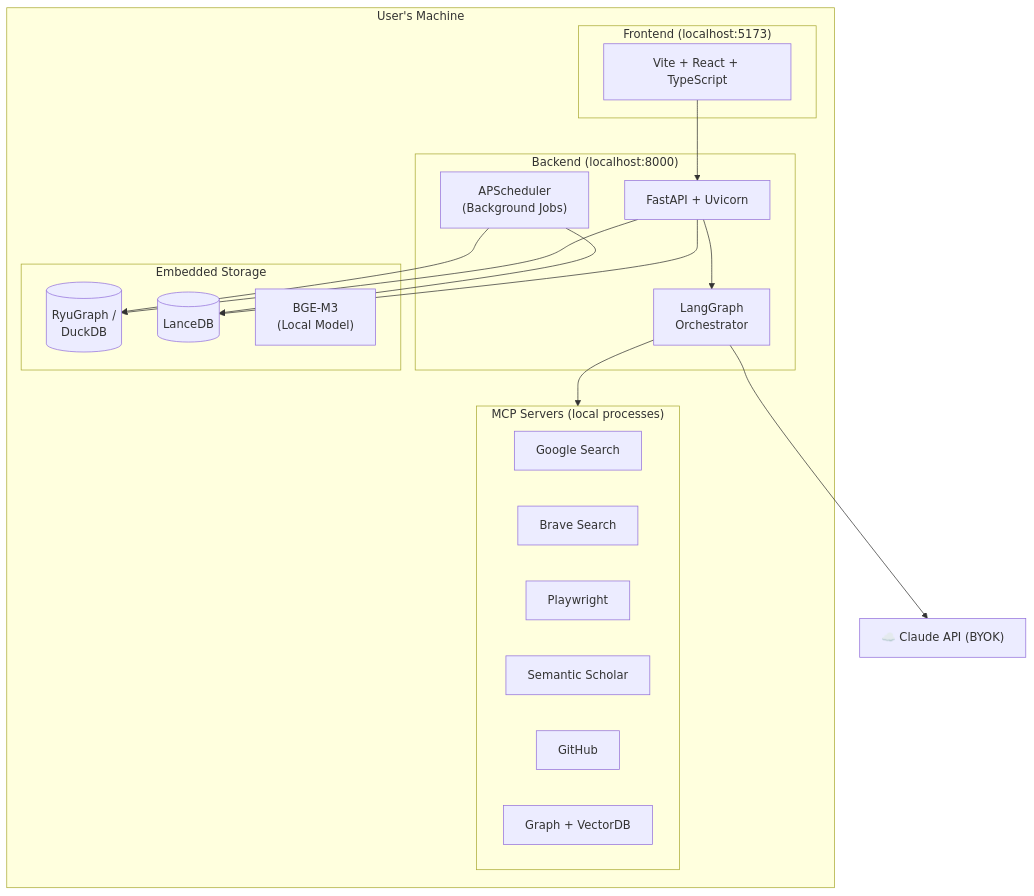
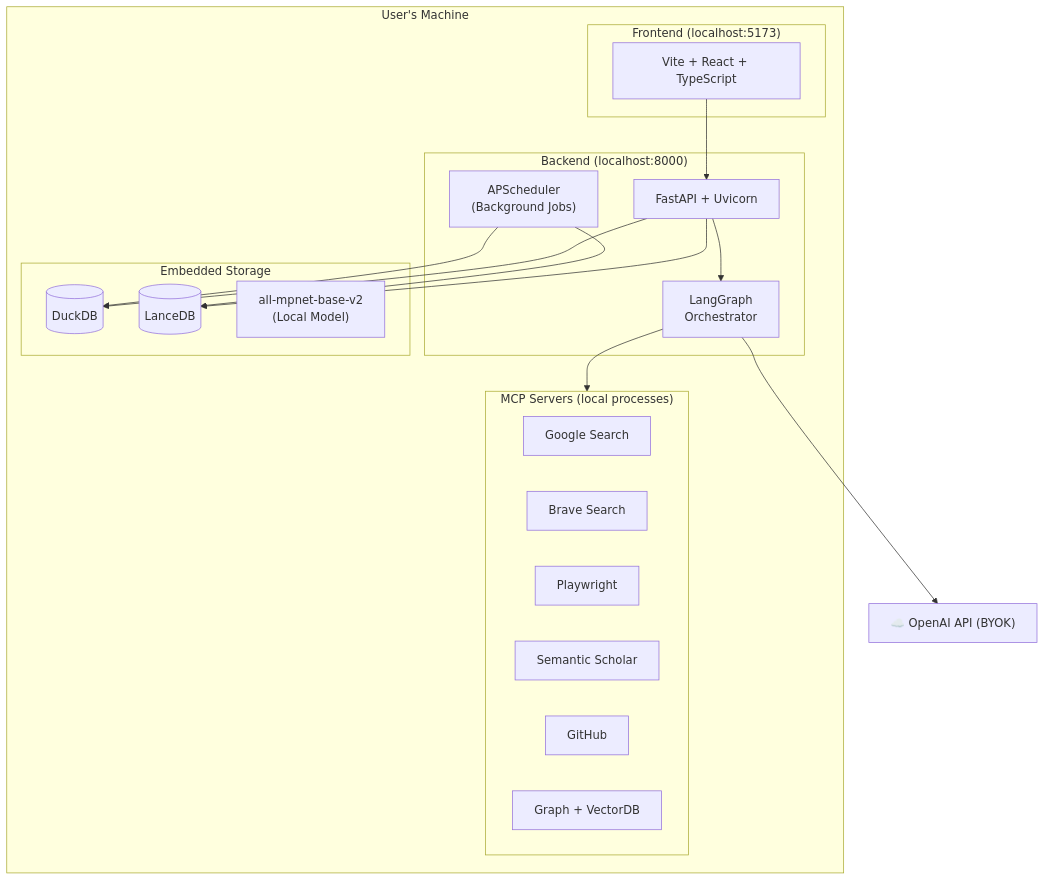
The ninth of 10 diagrams in ARCHITECTURE.md (dorycui007/Memora), drawn with Mermaid before and after one commit. The commit also changed other lines of this file and 1 other file, not shown here.

Commit message:
Update architecture and lecture documentation

````diff
--- a/ARCHITECTURE.md
+++ b/ARCHITECTURE.md
@@ -1466,40 +1454,40 @@
 ```mermaid
 graph TB
     subgraph Local["User's Machine"]
         subgraph FE["Frontend (localhost:5173)"]
             React["Vite + React + TypeScript"]
         end
 
         subgraph BE["Backend (localhost:8000)"]
             FastAPI["FastAPI + Uvicorn"]
             Scheduler["APScheduler<br/>(Background Jobs)"]
             LG["LangGraph<br/>Orchestrator"]
         end
 
         subgraph Data["Embedded Storage"]
-            RG[("RyuGraph /<br/>DuckDB")]
+            RG[("DuckDB")]
             LDB[("LanceDB")]
-            BGE["BGE-M3<br/>(Local Model)"]
+            BGE["all-mpnet-base-v2<br/>(Local Model)"]
         end
 
         subgraph MCP["MCP Servers (local processes)"]
             GS["Google Search"]
             BS["Brave Search"]
             PW["Playwright"]
             SS["Semantic Scholar"]
             GH["GitHub"]
             GM["Graph + VectorDB"]
         end
 
         React --> FastAPI
         FastAPI --> LG
         FastAPI --> RG
         FastAPI --> LDB
         LG --> MCP
         Scheduler --> RG
         Scheduler --> LDB
     end
 
-    Claude["☁️ Claude API (BYOK)"]
-    LG --> Claude
+    OpenAI["☁️ OpenAI API (BYOK)"]
+    LG --> OpenAI
 ```
````
